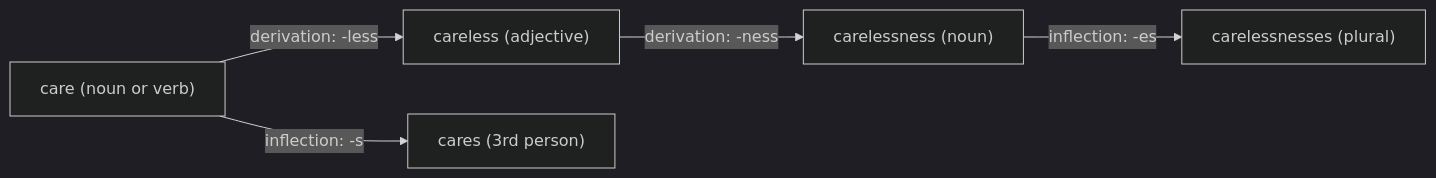
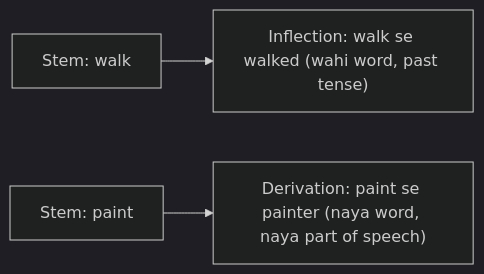
One commit to TrendySloth1001/sem-seven-notes changed the diagram in content/natural-language-processing/pyq/2024-05-ce/q2a.hi.mdx. Above: the diagram before and after it, drawn with Mermaid (dark theme). The commit also changed other lines of this file and 406 other files, not shown here.

````diff
--- a/content/natural-language-processing/pyq/2024-05-ce/q2a.hi.mdx
+++ b/content/natural-language-processing/pyq/2024-05-ce/q2a.hi.mdx
@@ -20,8 +23,6 @@
 ```mermaid
-%% caption: Ek stem, do tarah ke change. Derivation ke steps naye words banate hain; inflection sirf word ka grammatical form badalta hai.
+%% caption: Inflection aur derivation ki tulna. Inflection mein word wahi rehta hai; derivation naya word banati hai.
 flowchart LR
-  A["care (noun or verb)"] -->|"derivation: -less"| B["careless (adjective)"]
-  B -->|"derivation: -ness"| C["carelessness (noun)"]
-  C -->|"inflection: -es"| D["carelessnesses (plural)"]
-  A -->|"inflection: -s"| F["cares (3rd person)"]
+  A["Stem: walk"] --> B["Inflection: walk se walked (wahi word, past tense)"]
+  C["Stem: paint"] --> D["Derivation: paint se painter (naya word, naya part of speech)"]
 ```
````
